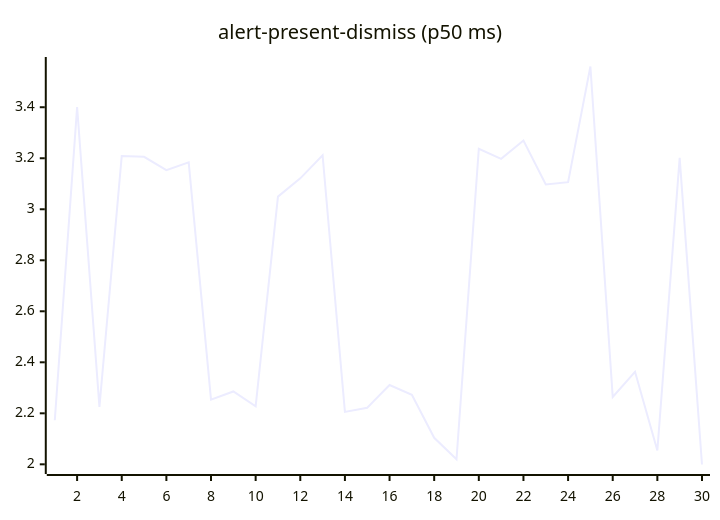
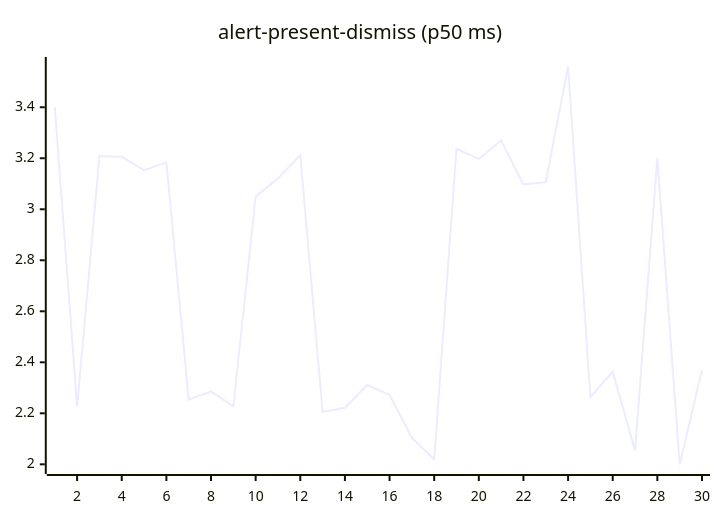
Before and after one commit to josha/Facet: the second of 27 diagrams in README.md, drawn with Mermaid. The commit also changed other lines of this file and 2 other files, not shown here.

````diff
--- a/README.md
+++ b/README.md
@@ -70,6 +70,6 @@
 ```mermaid
 xychart-beta
     title "alert-present-dismiss (p50 ms)"
     x-axis 1 --> 30
-    line [2.1729, 3.4006, 2.2253, 3.2090, 3.2058, 3.1536, 3.1837, 2.2536, 2.2857, 2.2272, 3.0496, 3.1212, 3.2117, 2.2054, 2.2216, 2.3109, 2.2722, 2.1040, 2.0200, 3.2371, 3.1976, 3.2697, 3.0970, 3.1061, 3.5597, 2.2642, 2.3626, 2.0543, 3.2013, 1.9993]
+    line [3.4006, 2.2253, 3.2090, 3.2058, 3.1536, 3.1837, 2.2536, 2.2857, 2.2272, 3.0496, 3.1212, 3.2117, 2.2054, 2.2216, 2.3109, 2.2722, 2.1040, 2.0200, 3.2371, 3.1976, 3.2697, 3.0970, 3.1061, 3.5597, 2.2642, 2.3626, 2.0543, 3.2013, 1.9993, 2.3689]
 ```
````
